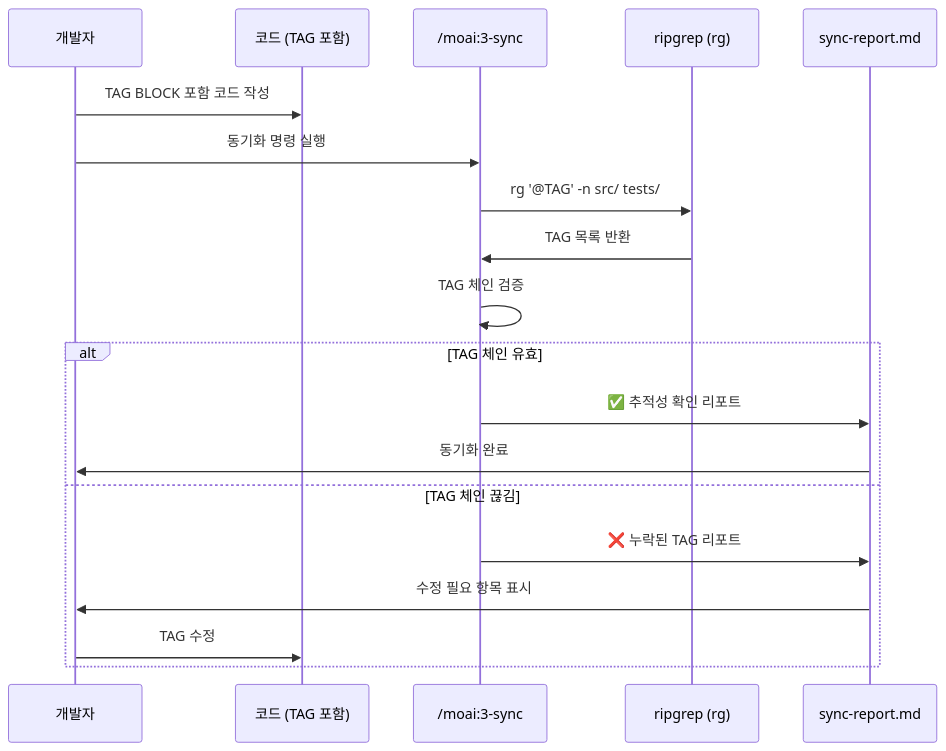
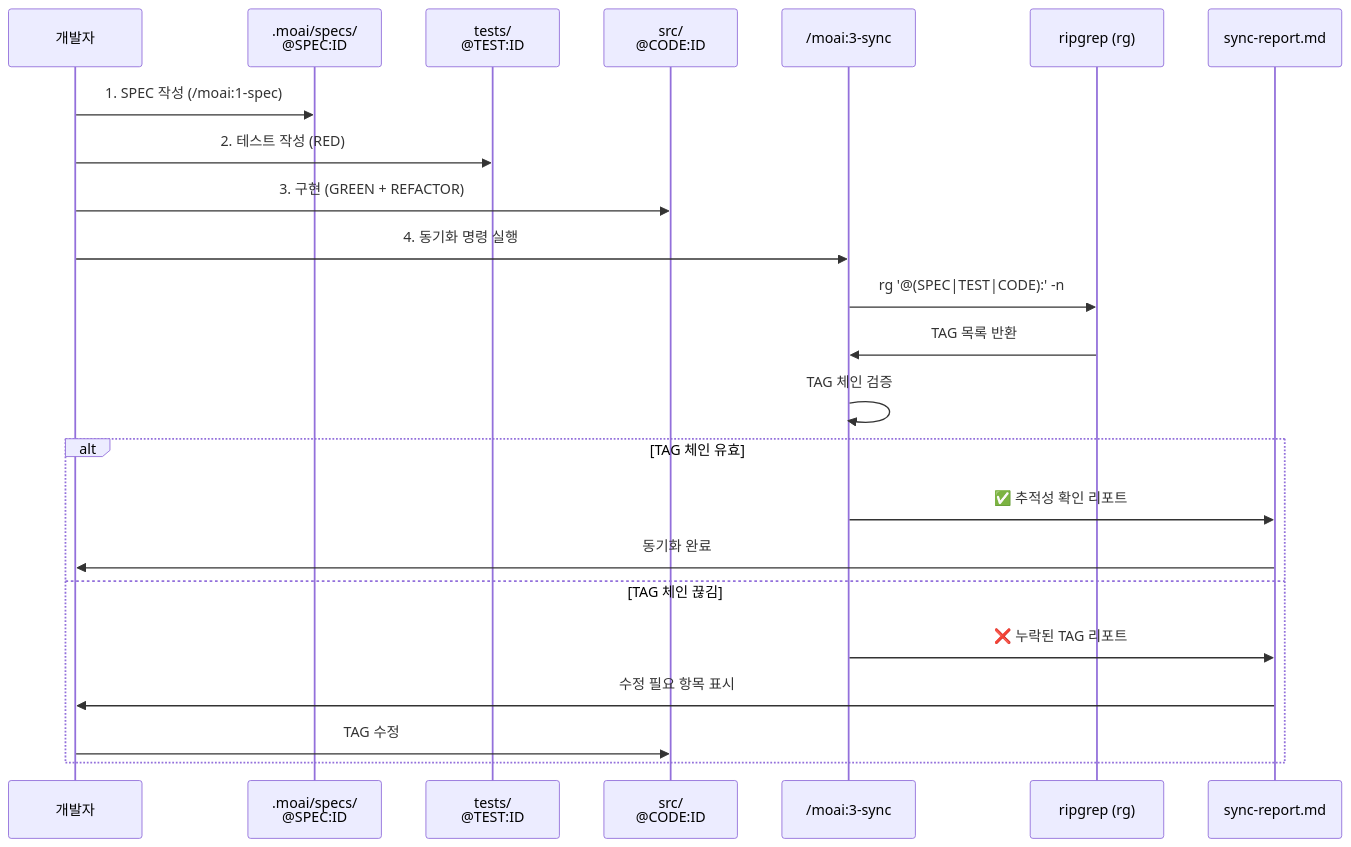
The third of 4 diagrams in docs/guide/tag-system.md (modu-ai/moai-adk), drawn with Mermaid before and after one commit. The commit also changed other lines of this file and 16 other files, not shown here.

````diff
--- a/docs/guide/tag-system.md
+++ b/docs/guide/tag-system.md
@@ -330,22 +448,26 @@
 ```mermaid
 sequenceDiagram
     participant D as 개발자
-    participant C as 코드 (TAG 포함)
+    participant SPEC as .moai/specs/<br/>@SPEC:ID
+    participant TEST as tests/<br/>@TEST:ID
+    participant CODE as src/<br/>@CODE:ID
     participant S as /moai:3-sync
     participant RG as ripgrep (rg)
     participant R as sync-report.md
 
-    D->>C: TAG BLOCK 포함 코드 작성
-    D->>S: 동기화 명령 실행
-    S->>RG: rg '@TAG' -n src/ tests/
+    D->>SPEC: 1. SPEC 작성 (/moai:1-spec)
+    D->>TEST: 2. 테스트 작성 (RED)
+    D->>CODE: 3. 구현 (GREEN + REFACTOR)
+    D->>S: 4. 동기화 명령 실행
+    S->>RG: rg '@(SPEC|TEST|CODE):' -n
     RG->>S: TAG 목록 반환
     S->>S: TAG 체인 검증
     alt TAG 체인 유효
         S->>R: ✅ 추적성 확인 리포트
         R->>D: 동기화 완료
     else TAG 체인 끊김
         S->>R: ❌ 누락된 TAG 리포트
         R->>D: 수정 필요 항목 표시
-        D->>C: TAG 수정
+        D->>CODE: TAG 수정
     end
 ```
````
